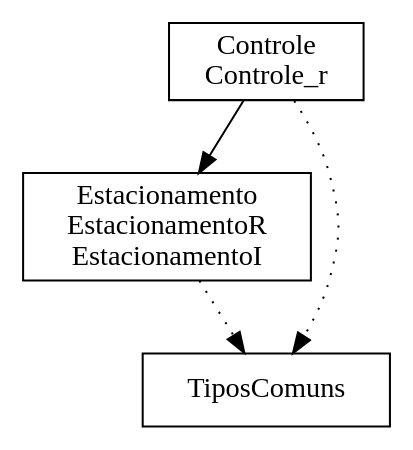
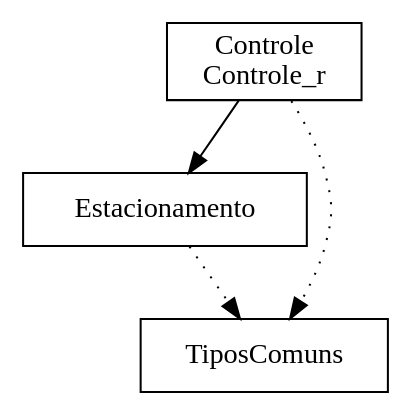
One commit to ciromdrs/mch_estacionamento changed the diagram in Estacionamento/bdp/Estacionamento.dot. Above: the diagram before and after it, drawn with Graphviz. The commit also changed 25 other files, not shown here.

```diff
--- a/Estacionamento/bdp/Estacionamento.dot
+++ b/Estacionamento/bdp/Estacionamento.dot
@@ -1,9 +1,9 @@
 digraph {
 Controle_r [ label=" Controle\nControle_r " shape= box ]
-EstacionamentoI [ label=" Estacionamento\nEstacionamentoR\nEstacionamentoI " shape= box ]
+Estacionamento [ label=" Estacionamento " shape= box ]
 TiposComuns [ label=" TiposComuns " shape= box ]
 
 "Controle_r" -> "TiposComuns" [style= dotted ]
-"Controle_r" -> "EstacionamentoI" []
-"EstacionamentoI" -> "TiposComuns" [style= dotted ]
+"Controle_r" -> "Estacionamento" []
+"Estacionamento" -> "TiposComuns" [style= dotted ]
 }
```
